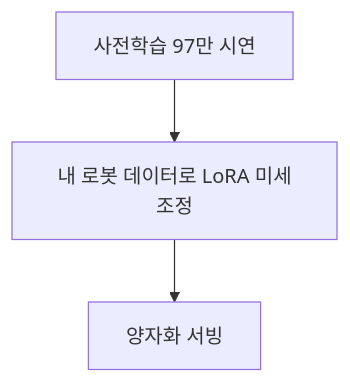
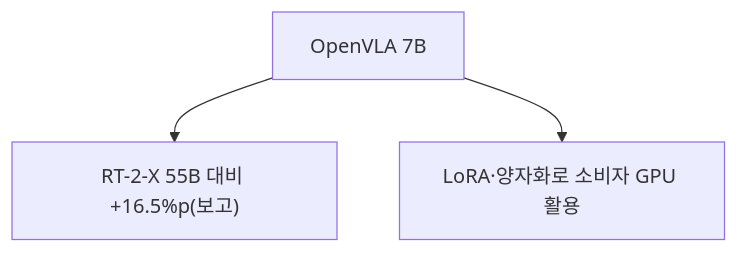
Before and after one commit to wjdgks7178/ai-mindmap: the second of 2 diagrams in articles/openvla.md, drawn with Mermaid. The commit also changed other lines of this file and 2 other files, not shown here.

````diff
--- a/articles/openvla.md
+++ b/articles/openvla.md
@@ -25,5 +23,5 @@
 ```mermaid
 flowchart TD
-  P["사전학습 97만 시연"] --> F["내 로봇 데이터로 LoRA 미세조정"]
-  F --> Q["양자화 서빙"]
+  O["OpenVLA 7B"] --> a["RT-2-X 55B 대비 +16.5%p(보고)"]
+  O --> b["LoRA·양자화로 소비자 GPU 활용"]
 ```
````
